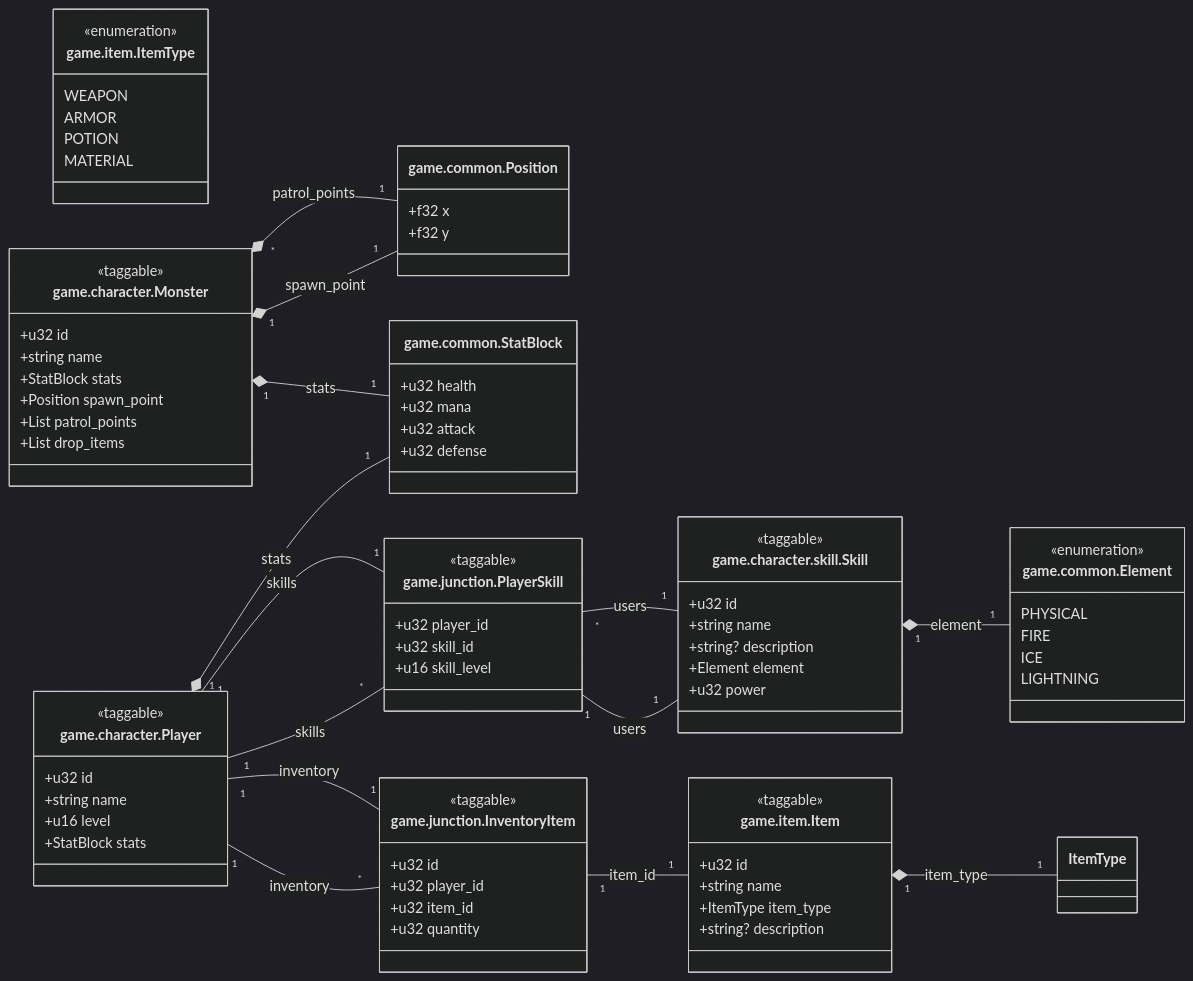
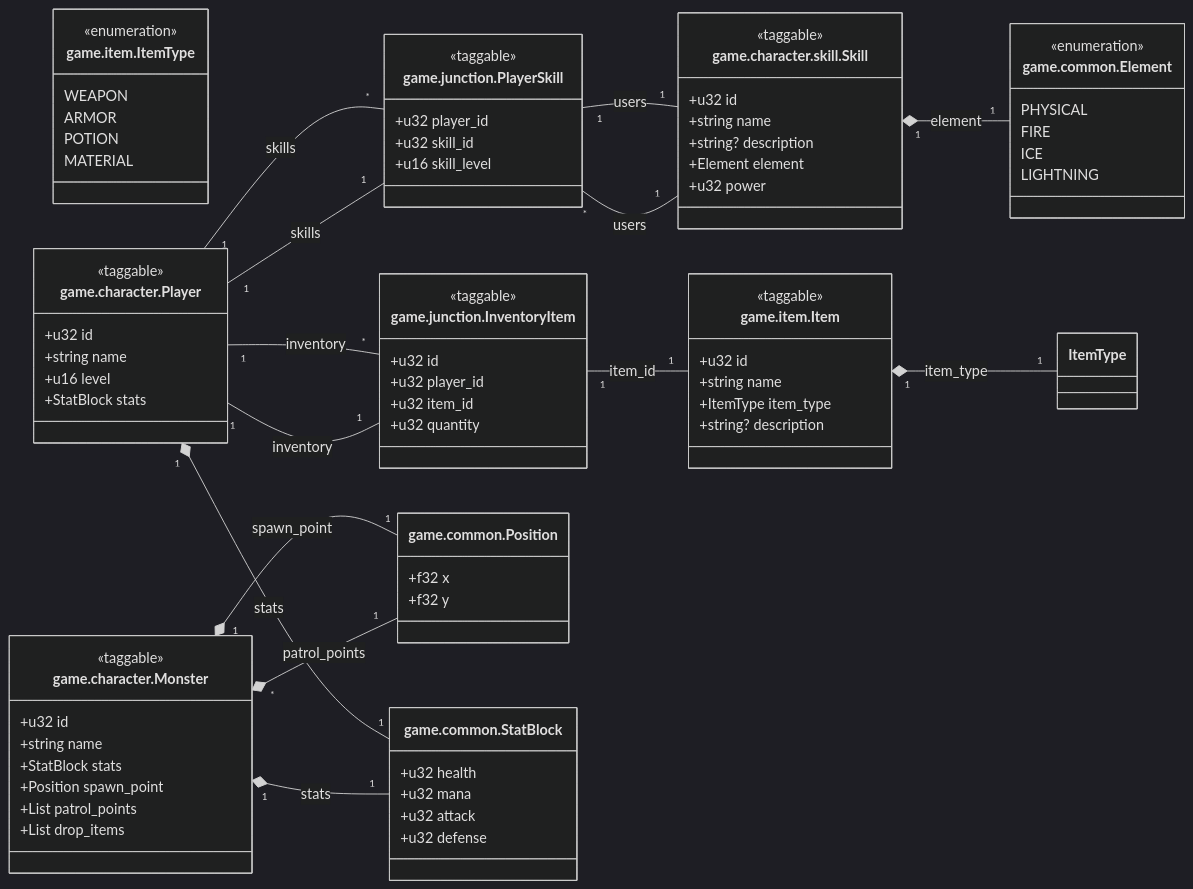
Before and after one commit to ittodo/PolyGen: the diagram in output/diagram/class_diagram.md, drawn with Mermaid (dark theme). The commit also changed other lines of this file and 6 other files, not shown here.

```diff
--- a/output/diagram/class_diagram.md
+++ b/output/diagram/class_diagram.md
@@ -2,6 +2,15 @@
 classDiagram
 direction LR
 
+
+class game.item.ItemType {
+    <<enumeration>>
+    WEAPON
+    ARMOR
+    POTION
+    MATERIAL
+    
+}
 
 class game.common.Element {
     <<enumeration>>
@@ -12,29 +21,6 @@
     
 }
 
-class game.item.ItemType {
-    <<enumeration>>
-    WEAPON
-    ARMOR
-    POTION
-    MATERIAL
-    
-}
-
-
-class game.common.Position {
-    +f32 x
-    +f32 y
-    
-}
-
-class game.common.StatBlock {
-    +u32 health
-    +u32 mana
-    +u32 attack
-    +u32 defense
-    
-}
 
 class game.item.Item {
     <<taggable>>
@@ -93,6 +79,20 @@
     
 }
 
+class game.common.Position {
+    +f32 x
+    +f32 y
+    
+}
+
+class game.common.StatBlock {
+    +u32 health
+    +u32 mana
+    +u32 attack
+    +u32 defense
+    
+}
+
 game.item.Item "1" *-- "1" ItemType : item_type
 game.character.Player "1" *-- "1" game.common.StatBlock : stats
 game.character.Monster "1" *-- "1" game.common.StatBlock : stats
```
